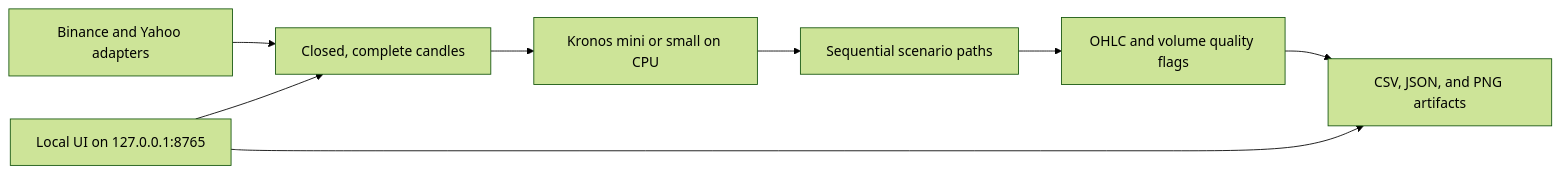
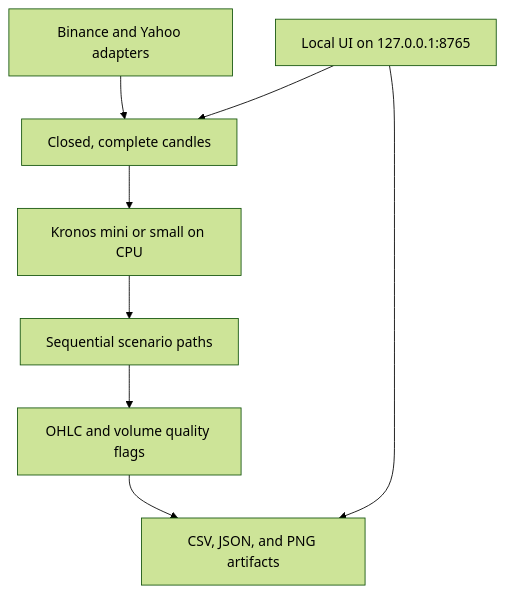
Before and after one commit to TelelyukhinIgor/kronos-workbench: the diagram in README.md, drawn with Mermaid (forest theme). The commit also changed other lines of this file and 2 other files, not shown here.

Commit message:
Update the README first screen and add social preview assets. (#2)
Replace the opening summary with the supplied first screen and add the social preview SVG and PNG without changing any other files.

````diff
--- a/README.md
+++ b/README.md
@@ -38,10 +42,10 @@
 ```mermaid
-flowchart LR
-  Sources["Binance and Yahoo adapters"] --> Closed["Closed, complete candles"]
-  Closed --> Model["Kronos mini or small on CPU"]
-  Model --> Paths["Sequential scenario paths"]
-  Paths --> QA["OHLC and volume quality flags"]
-  QA --> Artifacts["CSV, JSON, and PNG artifacts"]
-  UI["Local UI on 127.0.0.1:8765"] --> Closed
+flowchart TB
+  Sources[Binance and Yahoo adapters] --> Closed[Closed, complete candles]
+  Closed --> Model[Kronos mini or small on CPU]
+  Model --> Paths[Sequential scenario paths]
+  Paths --> QA[OHLC and volume quality flags]
+  QA --> Artifacts[CSV, JSON, and PNG artifacts]
+  UI[Local UI on 127.0.0.1:8765] --> Closed
   UI --> Artifacts
 ```
````
